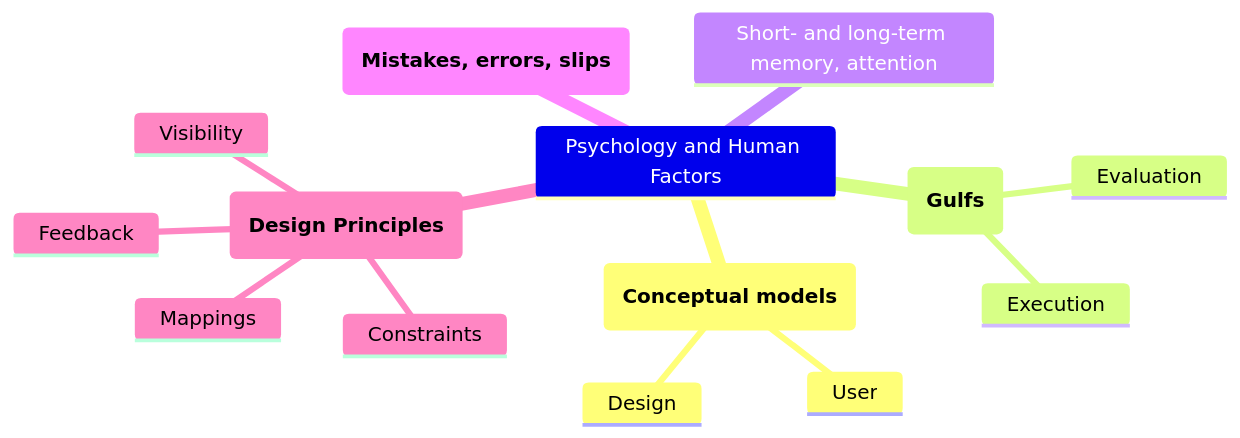
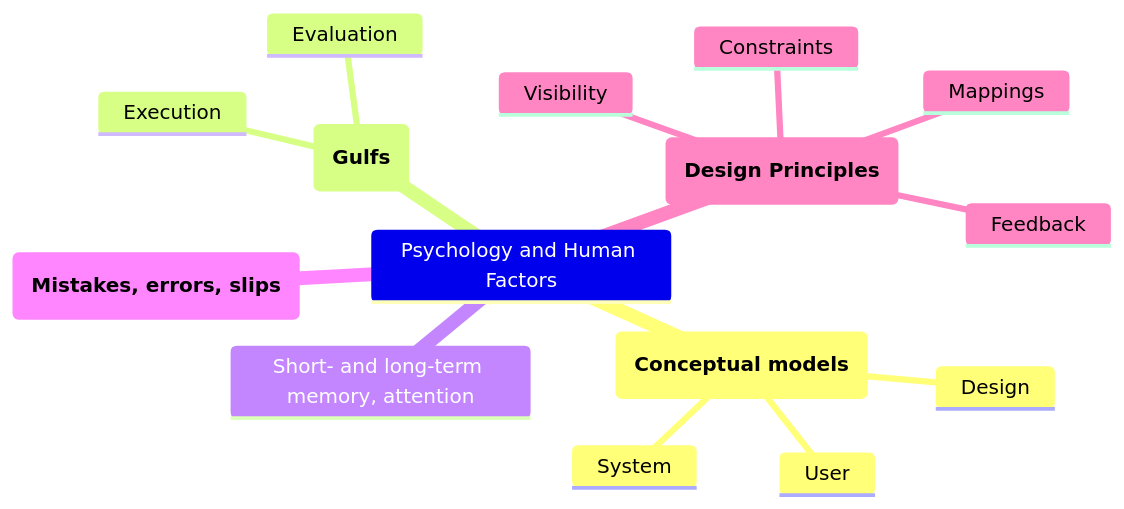
Before and after one commit to chernyshevdv/chernyshevdv: the second of 2 diagrams in tcuid.md, drawn with Mermaid. The commit also changed other lines of this file, not shown here.

````diff
--- a/tcuid.md
+++ b/tcuid.md
@@ -13,17 +13,18 @@
 ```mermaid
 mindmap
   Psychology and Human Factors
     CM(**Conceptual models**)
+      User
       Design
-      User
+      System
     G(**Gulfs**)
       Execution
       Evaluation
     Short- and long-term memory, attention
     MES(**Mistakes, errors, slips**)
     DP(**Design Principles**)
       Visibility
       Feedback
       Mappings
       Constraints
 ```
````
